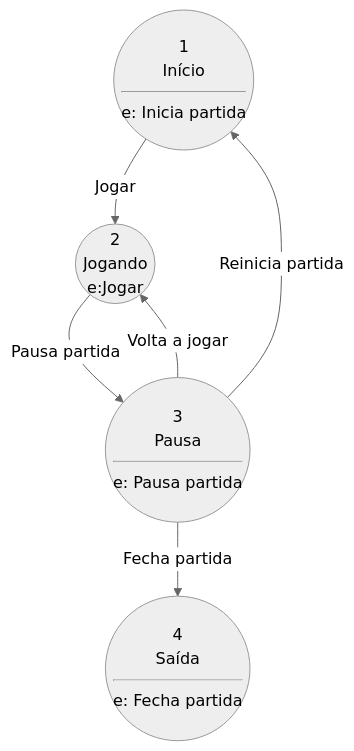
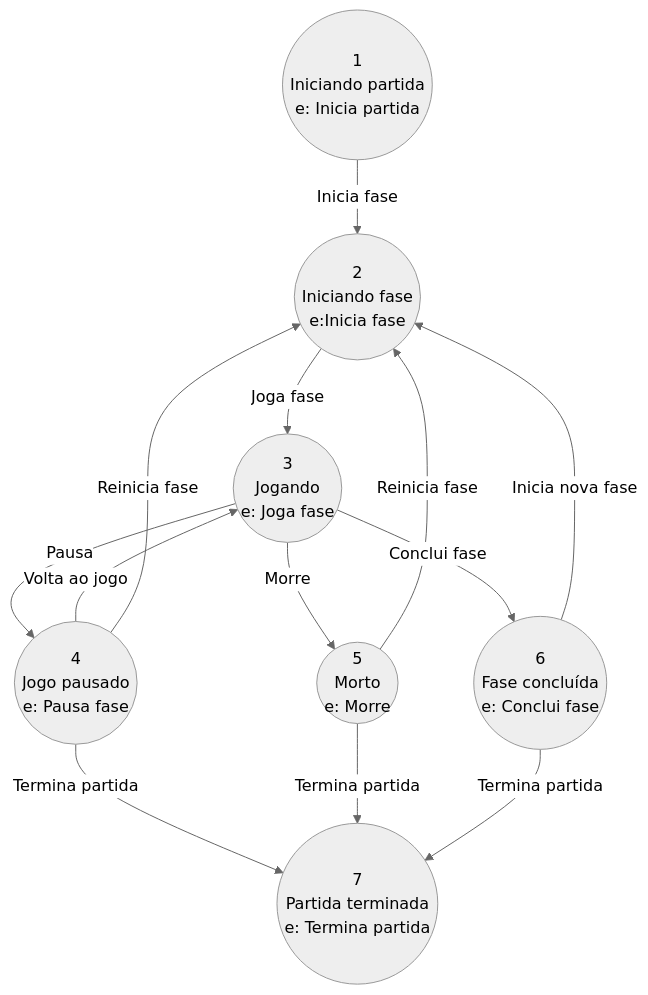
Before and after one commit to SpaceWars/spacewars.github.io: the diagram in _posts/2015-04-09-maquina_de_estado.md, drawn with Mermaid (neutral theme). The commit also changed other lines of this file, not shown here.

Commit message:
Improved playing state machine diagram

```diff
--- a/_posts/2015-04-09-maquina_de_estado.md
+++ b/_posts/2015-04-09-maquina_de_estado.md
@@ -12,8 +12,15 @@
     {% mermaid %}
-    graph TD
-      A((1<br>Início<hr>e: Inicia partida)) -->|Jogar| B((2<br>Jogando<br>e:Jogar))
-      B -->|Pausa partida| C((3<br>Pausa<hr>e: Pausa partida))
-      C -->|Volta a jogar| B
-      C -->|Reinicia partida| A
-      C -->|Fecha partida| D((4<br>Saída<hr>e: Fecha partida))
+      graph TD
+        A((1<br>Iniciando partida<br>e: Inicia partida)) -->|Inicia fase| B((2<br>Iniciando fase<br>e:Inicia fase))
+        B -->|Joga fase| C((3<br>Jogando<br>e: Joga fase))
+        C -->|Pausa| D((4<br>Jogo pausado<br>e: Pausa fase))
+        D -->|Volta ao jogo| C
+        D -->|Reinicia fase| B
+        C -->|Morre| E((5<br>Morto<br>e: Morre))
+        C -->|Conclui fase| F((6<br>Fase concluída<br>e: Conclui fase))
+        F -->|Inicia nova fase| B
+        E -->|Reinicia fase| B 
+        D -->|Termina partida| G((7<br>Partida terminada<br>e: Termina partida))
+        E -->|Termina partida| G
+        F -->|Termina partida| G
     {% endmermaid %}
```
